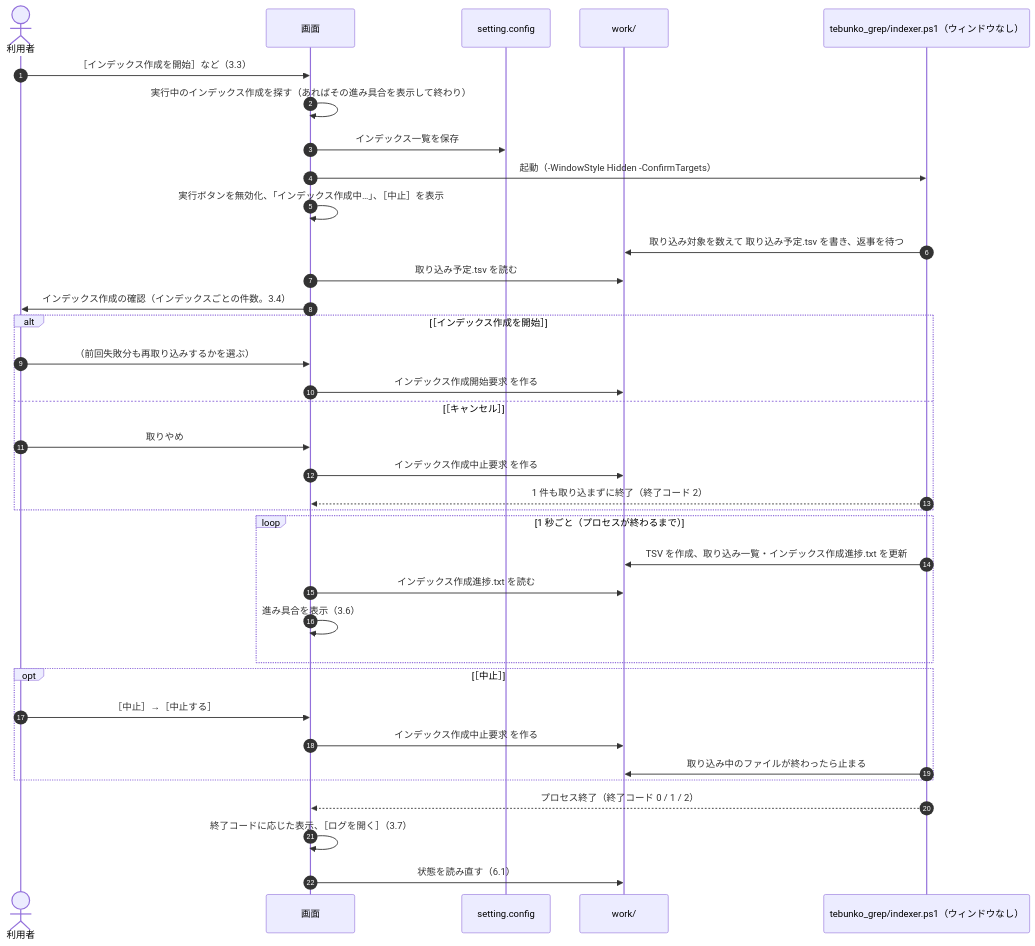
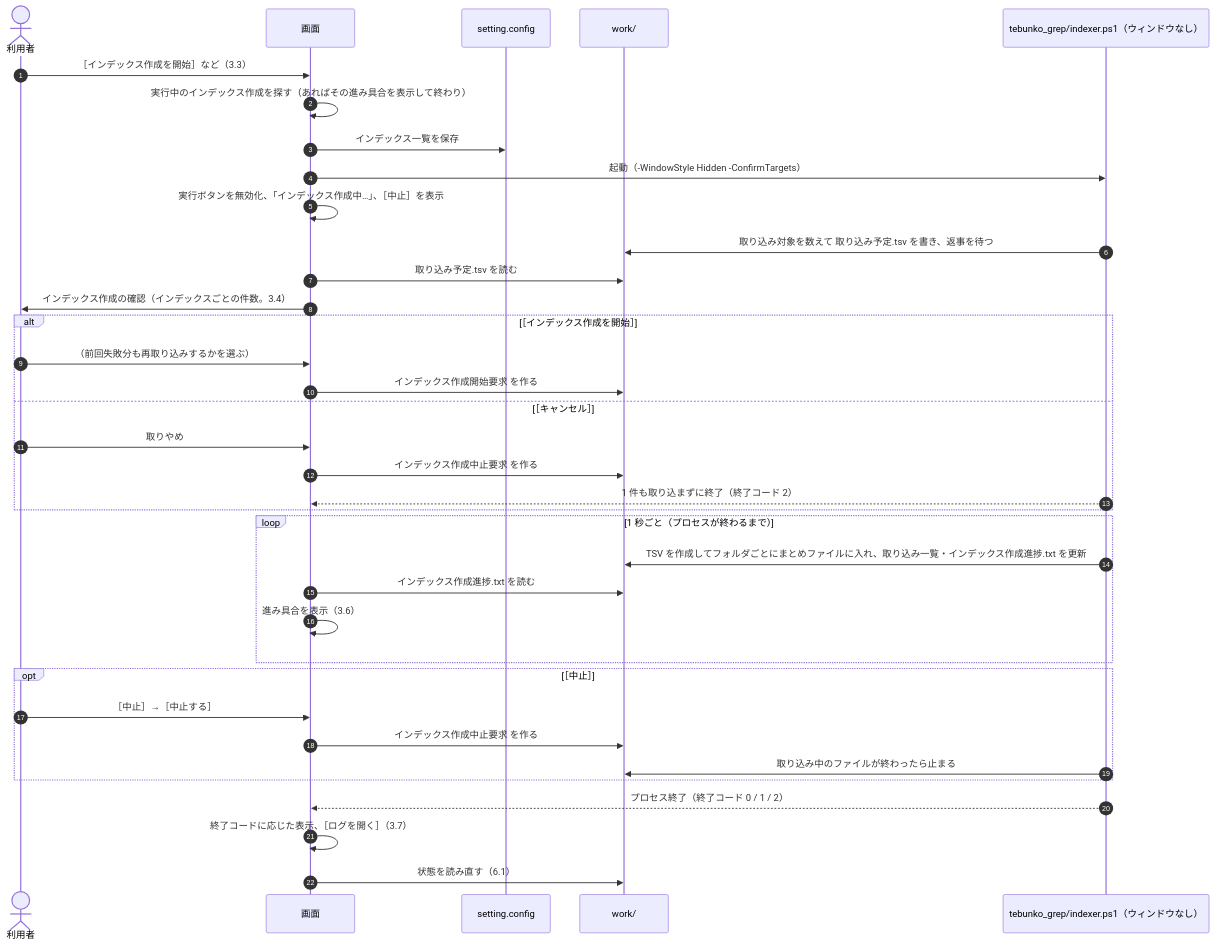
One commit to hsgwa/tebunko changed the third of 4 diagrams in docs/03_画面_4_状態と操作の流れ.md. Above: the diagram before and after it, drawn with Mermaid. The commit also changed other lines of this file and 49 other files, not shown here.

````diff
--- a/docs/03_画面_4_状態と操作の流れ.md
+++ b/docs/03_画面_4_状態と操作の流れ.md
@@ -82,39 +82,39 @@
 ```mermaid
 sequenceDiagram
     autonumber
     actor U as 利用者
     participant G as 画面
     participant C as setting.config
     participant W as work/
     participant P as tebunko_grep/indexer.ps1（ウィンドウなし）
 
     U->>G: ［インデックス作成を開始］など（3.3）
     G->>G: 実行中のインデックス作成を探す（あればその進み具合を表示して終わり）
     G->>C: インデックス一覧を保存
     G->>P: 起動（-WindowStyle Hidden -ConfirmTargets）
     G->>G: 実行ボタンを無効化、「インデックス作成中…」、［中止］を表示
     P->>W: 取り込み対象を数えて 取り込み予定.tsv を書き、返事を待つ
     G->>W: 取り込み予定.tsv を読む
     G->>U: インデックス作成の確認（インデックスごとの件数。3.4）
     alt ［インデックス作成を開始］
         U->>G: （前回失敗分も再取り込みするかを選ぶ）
         G->>W: インデックス作成開始要求 を作る
     else ［キャンセル］
         U->>G: 取りやめ
         G->>W: インデックス作成中止要求 を作る
         P-->>G: 1 件も取り込まずに終了（終了コード 2）
     end
     loop 1 秒ごと（プロセスが終わるまで）
-        P->>W: TSV を作成、取り込み一覧・インデックス作成進捗.txt を更新
+        P->>W: TSV を作成してフォルダごとにまとめファイルに入れ、取り込み一覧・インデックス作成進捗.txt を更新
         G->>W: インデックス作成進捗.txt を読む
         G->>G: 進み具合を表示（3.6）
     end
     opt ［中止］
         U->>G: ［中止］→［中止する］
         G->>W: インデックス作成中止要求 を作る
         P->>W: 取り込み中のファイルが終わったら止まる
     end
     P-->>G: プロセス終了（終了コード 0 / 1 / 2）
     G->>G: 終了コードに応じた表示、［ログを開く］（3.7）
     G->>W: 状態を読み直す（6.1）
 ```
````
